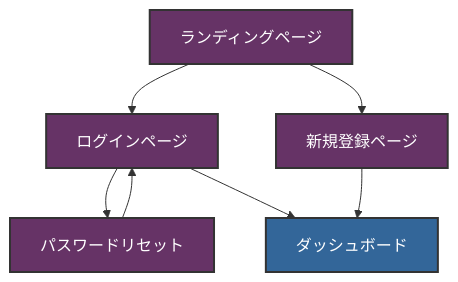
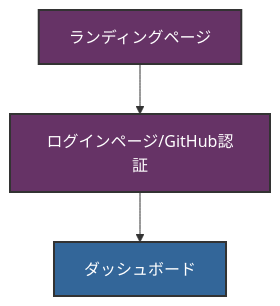
The second of 7 diagrams in doc/page-flow-diagram.md (2355/mkduo), drawn with Mermaid before and after one commit. The commit also changed other lines of this file and 6 other files, not shown here.

````diff
--- a/doc/page-flow-diagram.md
+++ b/doc/page-flow-diagram.md
@@ -60,16 +56,11 @@
 ```mermaid
 graph TD
-    Landing[ランディングページ] --> Login[ログインページ]
-    Landing --> Signup[新規登録ページ]
-    
-    Login --> Reset[パスワードリセット]
+    Landing[ランディングページ] --> Login[ログインページ/GitHub認証]
     Login --> Dashboard[ダッシュボード]
-    Signup --> Dashboard
-    Reset --> Login
     
     classDef unauth fill:#663366,stroke:#333,stroke-width:2px,color:#fff;
     classDef auth fill:#336699,stroke:#333,stroke-width:2px,color:#fff;
     
-    class Landing,Login,Signup,Reset unauth;
+    class Landing,Login unauth;
     class Dashboard auth;
 ```
````
